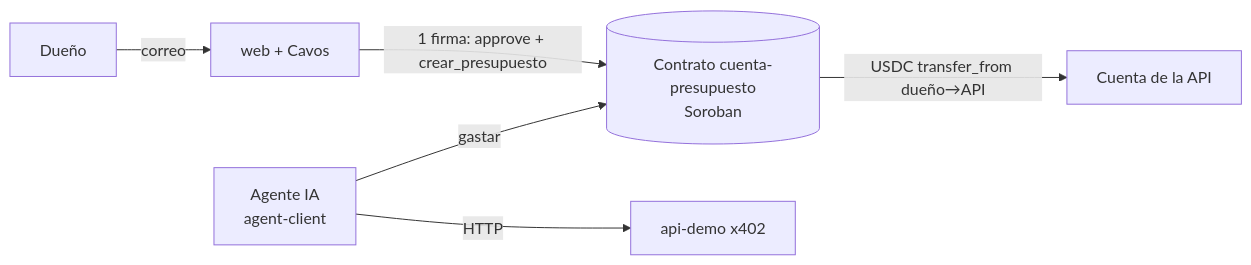
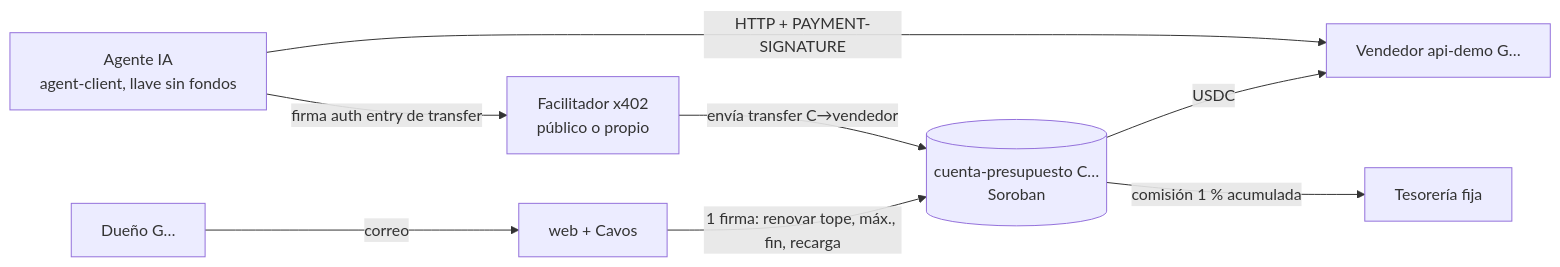
One commit to jxsu404/quickchain changed the first of 3 diagrams in docs/ARQUITECTURA.md. Above: the diagram before and after it, drawn with Mermaid. The commit also changed other lines of this file and 3 other files, not shown here.

````diff
--- a/docs/ARQUITECTURA.md
+++ b/docs/ARQUITECTURA.md
@@ -4,8 +6,10 @@
 ```mermaid
 flowchart LR
-  D[Dueño] -->|correo| W[web + Cavos]
-  W -->|1 firma: approve + crear_presupuesto| C[(Contrato cuenta-presupuesto<br/>Soroban)]
-  A[Agente IA<br/>agent-client] -->|gastar| C
-  C -->|USDC transfer_from dueño→API| P[Cuenta de la API]
-  A -->|HTTP| API[api-demo x402]
+  D[Dueño G…] -->|correo| W[web + Cavos]
+  W -->|1 firma: renovar tope, máx., fin, recarga| C[(cuenta-presupuesto C…<br/>Soroban)]
+  A[Agente IA<br/>agent-client, llave sin fondos] -->|firma auth entry de transfer| F[Facilitador x402<br/>público o propio]
+  F -->|envía transfer C→vendedor| C
+  C -->|USDC| V[Vendedor api-demo G…]
+  A -->|HTTP + PAYMENT-SIGNATURE| V
+  C -->|comisión 1 % acumulada| T[Tesorería fija]
 ```
````
